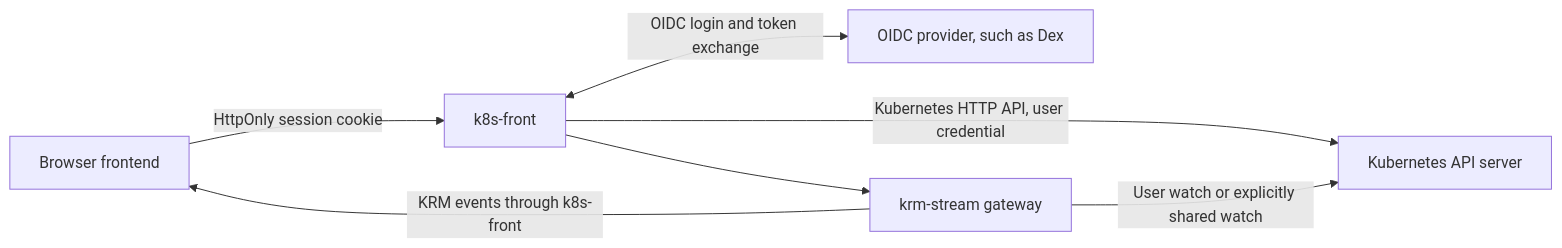
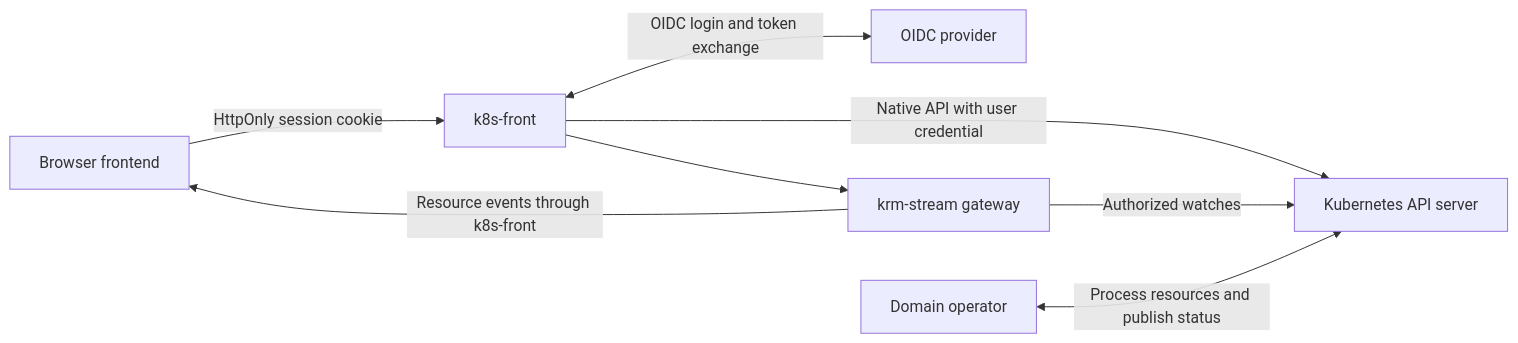
Before and after one commit to sunib/voter: the diagram in k8s-front/README.md, drawn with Mermaid. The commit also changed other lines of this file and 1 other file, not shown here.

````diff
--- a/k8s-front/README.md
+++ b/k8s-front/README.md
@@ -31,9 +57,10 @@
 ```mermaid
 flowchart LR
     UI[Browser frontend] -->|HttpOnly session cookie| F[k8s-front]
-    F <-->|OIDC login and token exchange| IDP[OIDC provider, such as Dex]
-    F -->|Kubernetes HTTP API, user credential| K[Kubernetes API server]
+    F <-->|OIDC login and token exchange| IDP[OIDC provider]
+    F -->|Native API with user credential| K[Kubernetes API server]
     F --> S[krm-stream gateway]
-    S -->|User watch or explicitly shared watch| K
-    S -->|KRM events through k8s-front| UI
+    S -->|Authorized watches| K
+    S -->|Resource events through k8s-front| UI
+    O[Domain operator] <-->|Process resources and publish status| K
 ```
````
